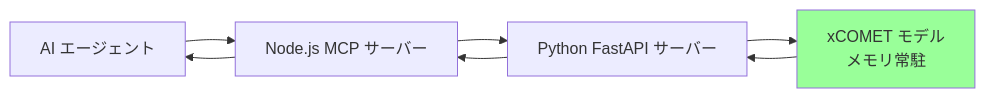
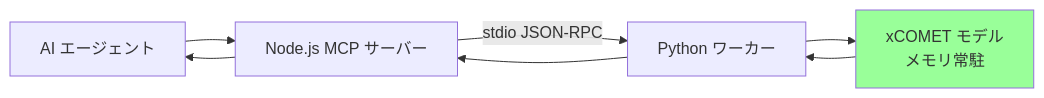
Before and after one commit to shuji-bonji/xcomet-mcp-server: the first of 3 diagrams in README.ja.md, drawn with Mermaid. The commit also changed other lines of this file and 21 other files, not shown here.

````diff
--- a/README.ja.md
+++ b/README.ja.md
@@ -23,11 +23,11 @@
 ```mermaid
 graph LR
     A[AI エージェント] --> B[Node.js MCP サーバー]
-    B --> C[Python FastAPI サーバー]
+    B -- stdio JSON-RPC --> C[Python ワーカー]
     C --> D[xCOMET モデル<br/>メモリ常駐]
     D --> C
     C --> B
     B --> A
 
     style D fill:#9f9
 ```
````
